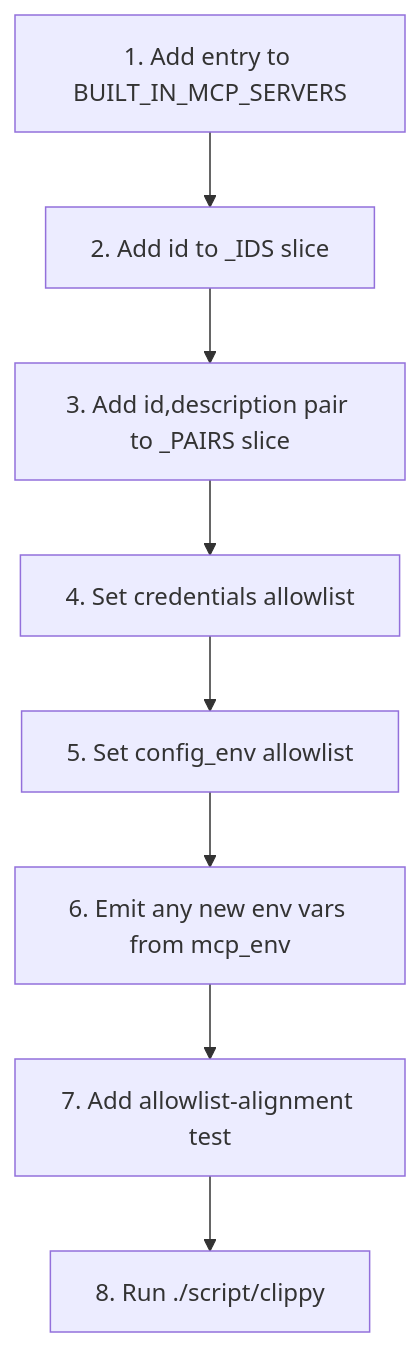
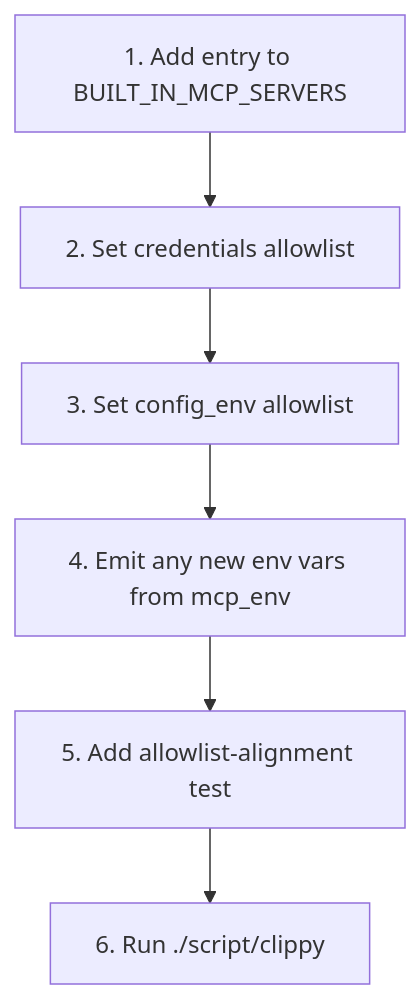
One commit to mdz-axo/zed-kask changed the diagram in kask/docs/diataxis/kask_bridge/how-to.md. Above: the diagram before and after it, drawn with Mermaid. The commit also changed other lines of this file and 41 other files, not shown here.

````diff
--- a/kask/docs/diataxis/kask_bridge/how-to.md
+++ b/kask/docs/diataxis/kask_bridge/how-to.md
@@ -42,10 +52,8 @@
 ```mermaid
 flowchart TD
-    A[1. Add entry to BUILT_IN_MCP_SERVERS] --> B[2. Add id to _IDS slice]
-    B --> C[3. Add id,description pair to _PAIRS slice]
-    C --> D[4. Set credentials allowlist]
-    D --> E[5. Set config_env allowlist]
-    E --> F[6. Emit any new env vars from mcp_env]
-    F --> G[7. Add allowlist-alignment test]
-    G --> H[8. Run ./script/clippy]
+    A[1. Add entry to BUILT_IN_MCP_SERVERS] --> B[2. Set credentials allowlist]
+    B --> C[3. Set config_env allowlist]
+    C --> D[4. Emit any new env vars from mcp_env]
+    D --> E[5. Add allowlist-alignment test]
+    E --> F[6. Run ./script/clippy]
 ```
````
